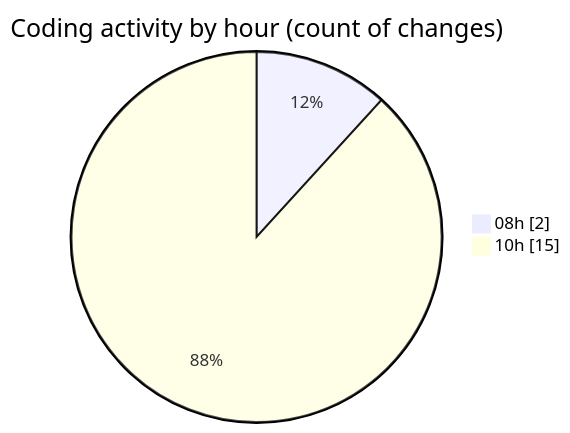
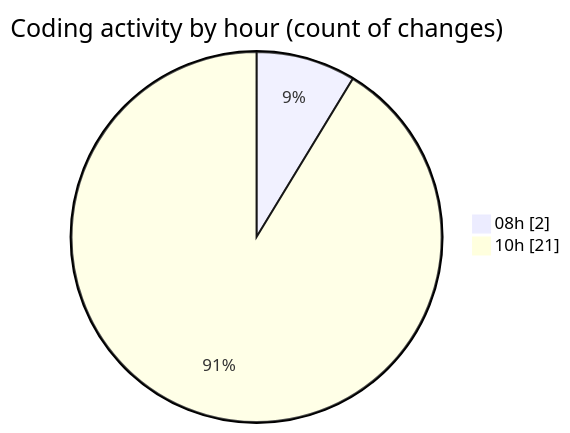
The second of 2 diagrams in 2026-04-13/cilapp/README.md (ricardozamudiocil/code-tracking), drawn with Mermaid before and after one commit. The commit also changed other lines of this file and 1 other file, not shown here.

````diff
--- a/2026-04-13/cilapp/README.md
+++ b/2026-04-13/cilapp/README.md
@@ -34,6 +34,6 @@
 ```mermaid
 pie showData
 title Coding activity by hour (count of changes)
 "08h" : 2
-"10h" : 15
+"10h" : 21
 ```
````
